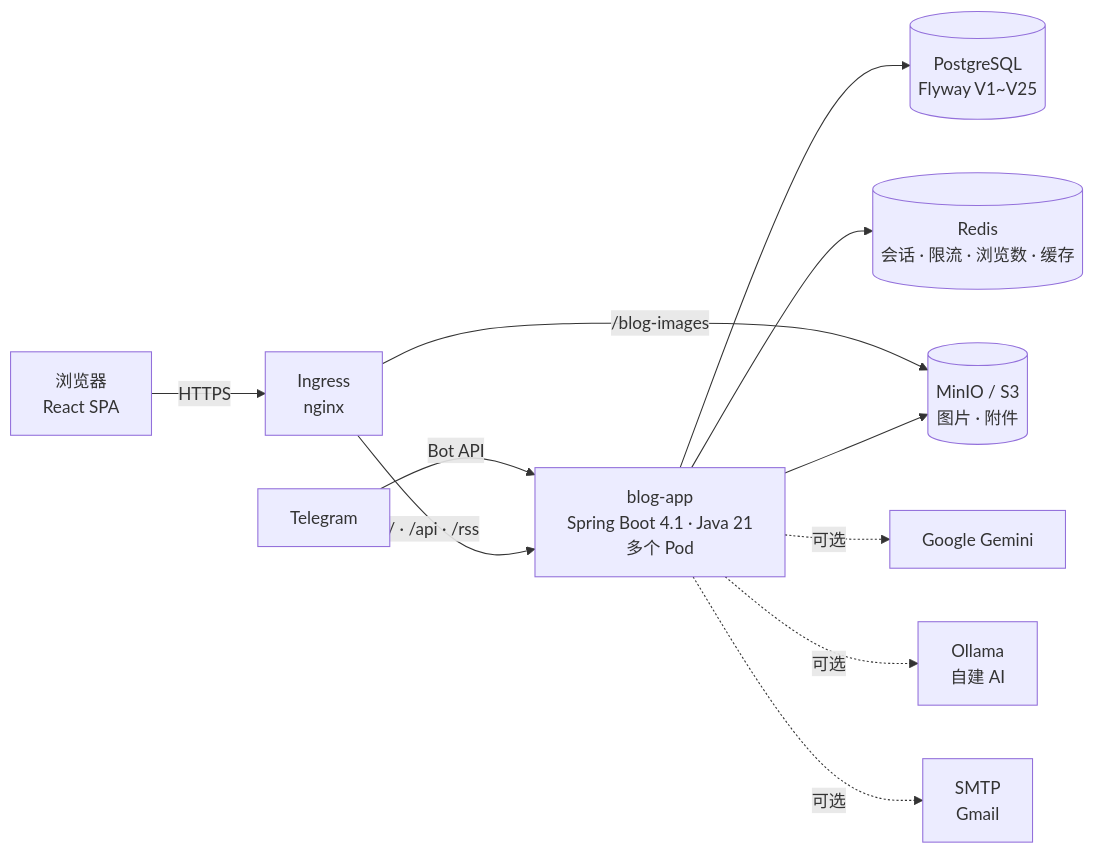
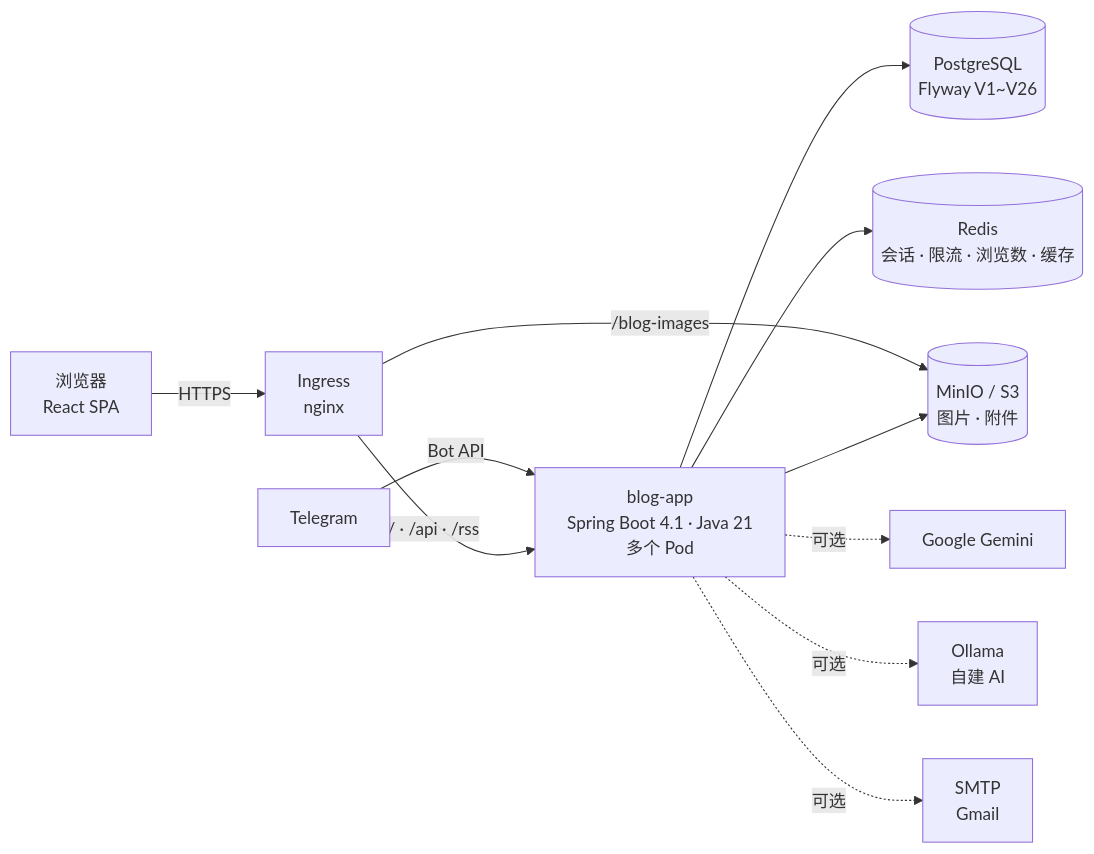
One commit to AIGJ-01-002-blog/Devlog changed the first of 3 diagrams in README.zh.md. Above: the diagram before and after it, drawn with Mermaid. The commit also changed other lines of this file and 36 other files, not shown here.

````diff
--- a/README.zh.md
+++ b/README.zh.md
@@ -151,13 +151,13 @@
 ```mermaid
 flowchart LR
     B[浏览器<br/>React SPA] -->|HTTPS| I[Ingress<br/>nginx]
     T[Telegram] -->|Bot API| A
     I -->|/ · /api · /rss| A[blog-app<br/>Spring Boot 4.1 · Java 21<br/>多个 Pod]
     I -->|/blog-images| M[(MinIO / S3<br/>图片 · 附件)]
-    A --> P[(PostgreSQL<br/>Flyway V1~V25)]
+    A --> P[(PostgreSQL<br/>Flyway V1~V26)]
     A --> R[(Redis<br/>会话 · 限流 · 浏览数 · 缓存)]
     A --> M
     A -.可选.-> G[Google Gemini]
     A -.可选.-> O[Ollama<br/>自建 AI]
     A -.可选.-> S[SMTP<br/>Gmail]
 ```
````
